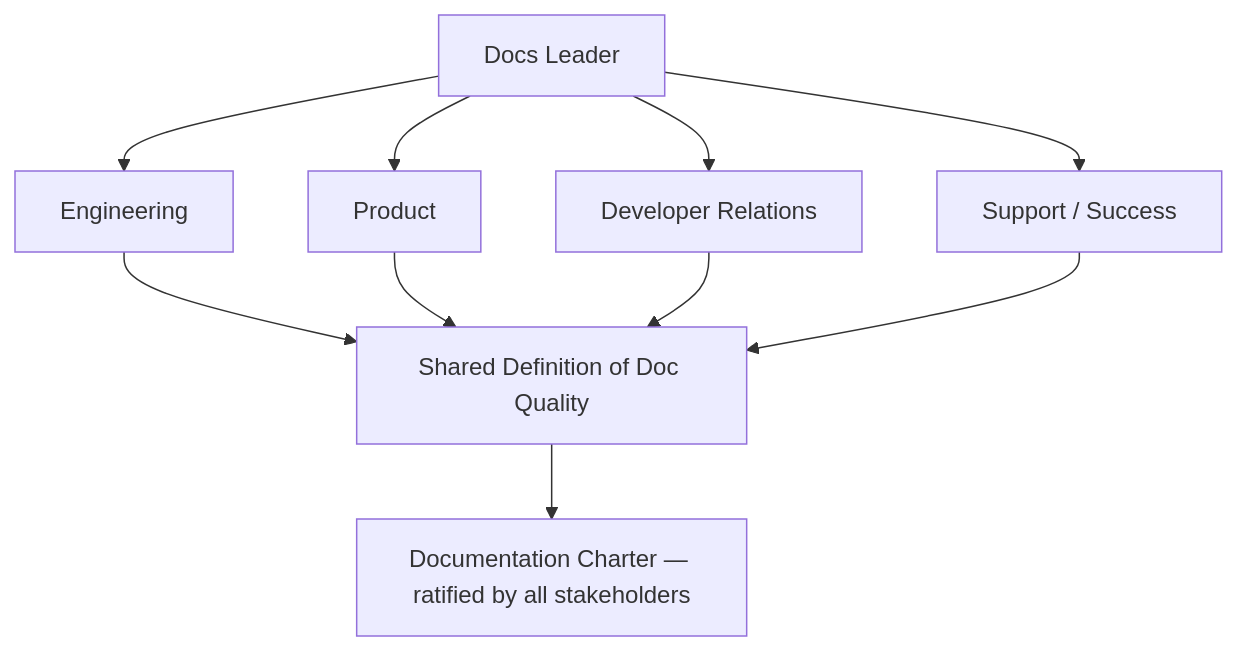
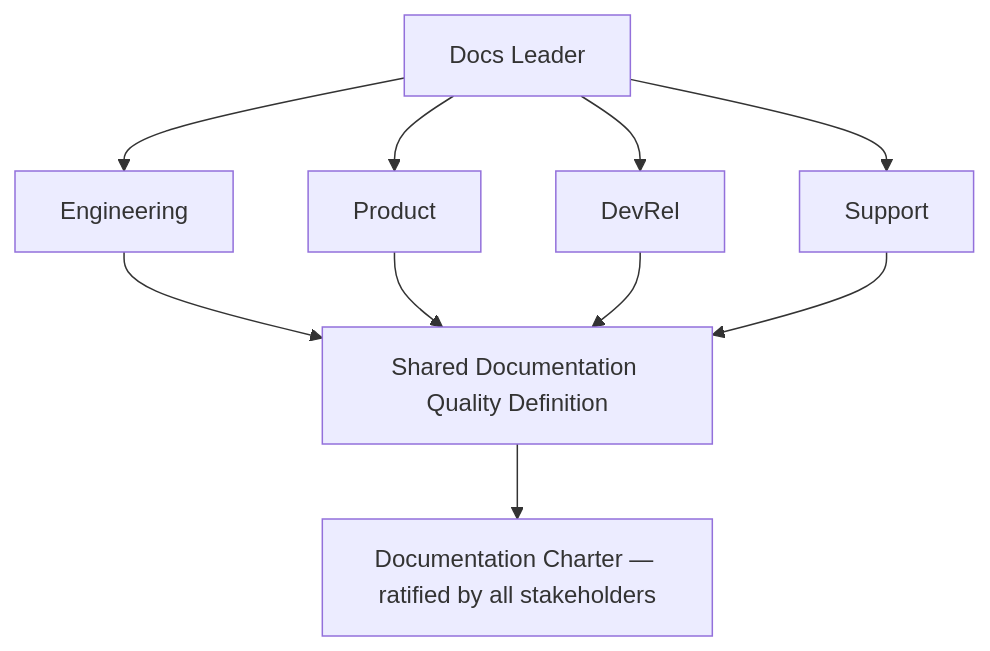
The third of 4 diagrams in Roadmap/Soft-Skills/technical-writer/TEMPLATE.md (BakhodiribnYashinibnMansur/SeniorProject), drawn with Mermaid before and after one commit. The commit also changed other lines of this file and 17 other files, not shown here.

First line of the commit message:
update TEMPLATE.md files: add new roadmaps, fix SQL template, improve existing templates

````diff
--- a/Roadmap/Soft-Skills/technical-writer/TEMPLATE.md
+++ b/Roadmap/Soft-Skills/technical-writer/TEMPLATE.md
@@ -828,12 +508,6 @@
 ```mermaid
 graph TD
-    A[Docs Leader] --> B[Engineering]
-    A --> C[Product]
-    A --> D[Developer Relations]
-    A --> E[Support / Success]
-    B --> F[Shared Definition of Doc Quality]
-    C --> F
-    D --> F
-    E --> F
+    A[Docs Leader] --> B[Engineering] & C[Product] & D[DevRel] & E[Support]
+    B & C & D & E --> F[Shared Documentation Quality Definition]
     F --> G[Documentation Charter — ratified by all stakeholders]
 ```
````
